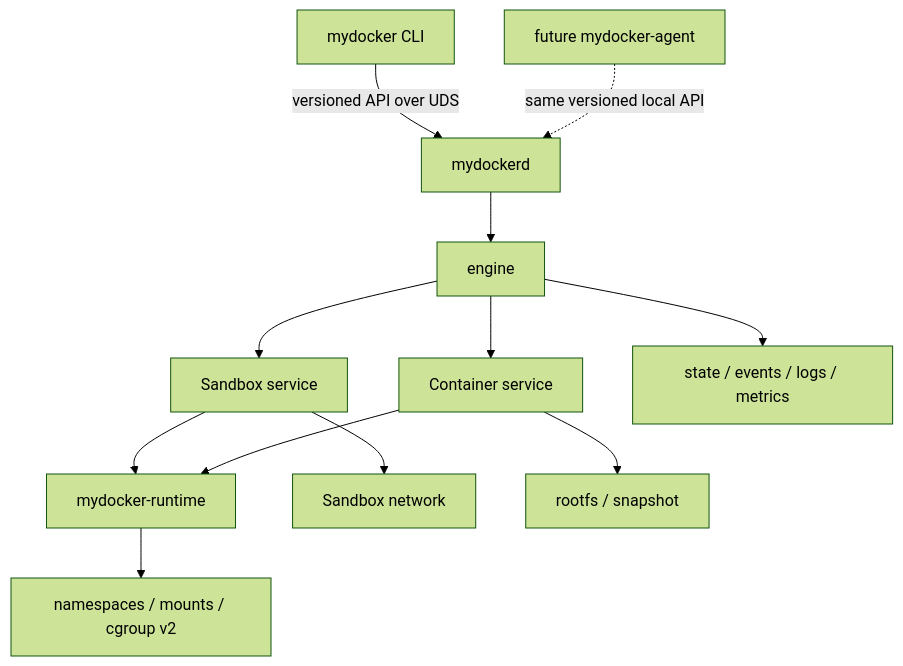
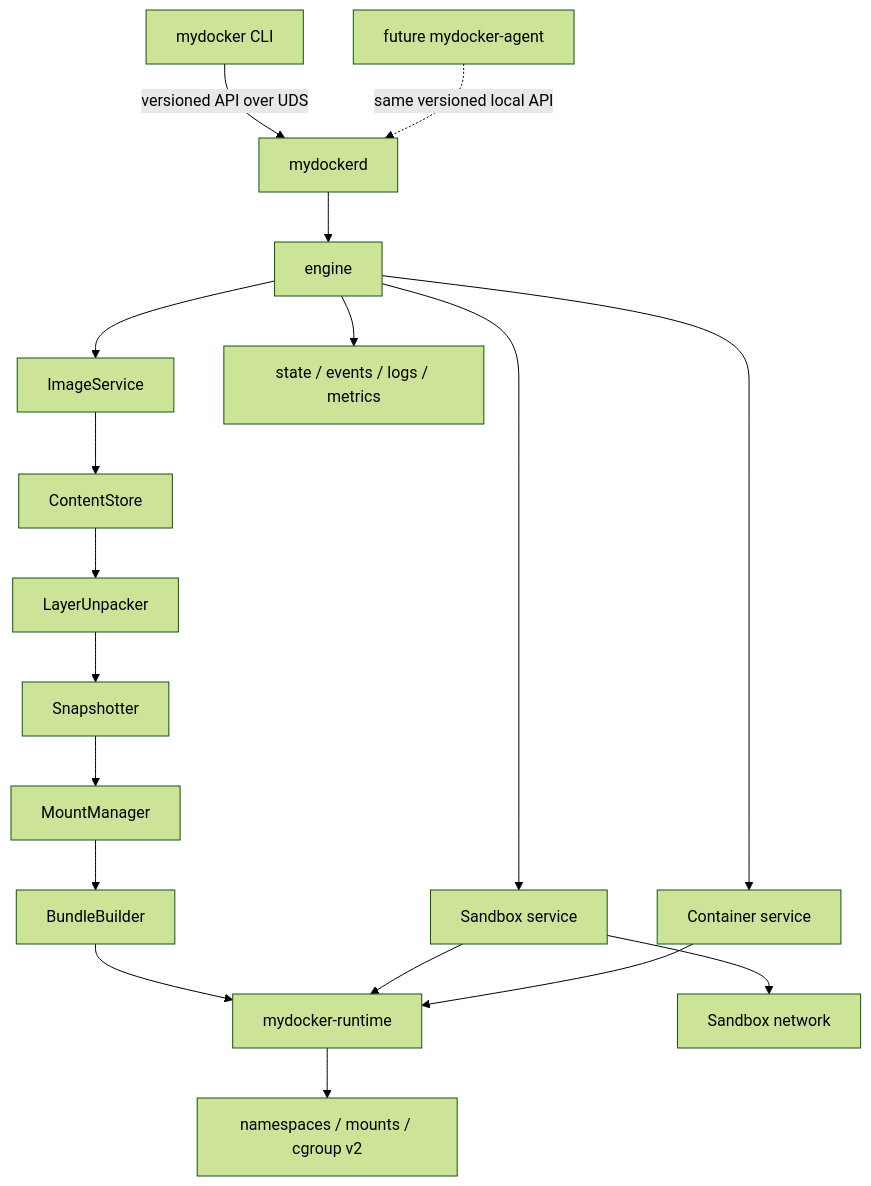
Before and after one commit to cont1nu1ty/mydocker: the diagram in README.md, drawn with Mermaid (forest theme). The commit also changed other lines of this file and 211 other files, not shown here.

Commit message:
feat: initialize core project structure, runtime engine components, and internal service architecture

````diff
--- a/README.md
+++ b/README.md
@@ -68,14 +196,20 @@
 ```mermaid
 flowchart TD
     CLI[mydocker CLI] -->|versioned API over UDS| Daemon[mydockerd]
     Daemon --> Engine[engine]
     Engine --> Sandbox[Sandbox service]
     Engine --> Container[Container service]
-    Sandbox --> Runtime[mydocker-runtime]
+    Engine --> Image[ImageService]
+    Image --> Content[ContentStore]
+    Content --> Unpack[LayerUnpacker]
+    Unpack --> Snapshot[Snapshotter]
+    Snapshot --> Mount[MountManager]
+    Mount --> Bundle[BundleBuilder]
+    Bundle --> Runtime[mydocker-runtime]
+    Sandbox --> Runtime
     Container --> Runtime
     Engine --> State[state / events / logs / metrics]
     Runtime --> Linux[namespaces / mounts / cgroup v2]
     Sandbox --> Network[Sandbox network]
-    Container --> Storage[rootfs / snapshot]
     Agent[future mydocker-agent] -.->|same versioned local API| Daemon
 ```
````
